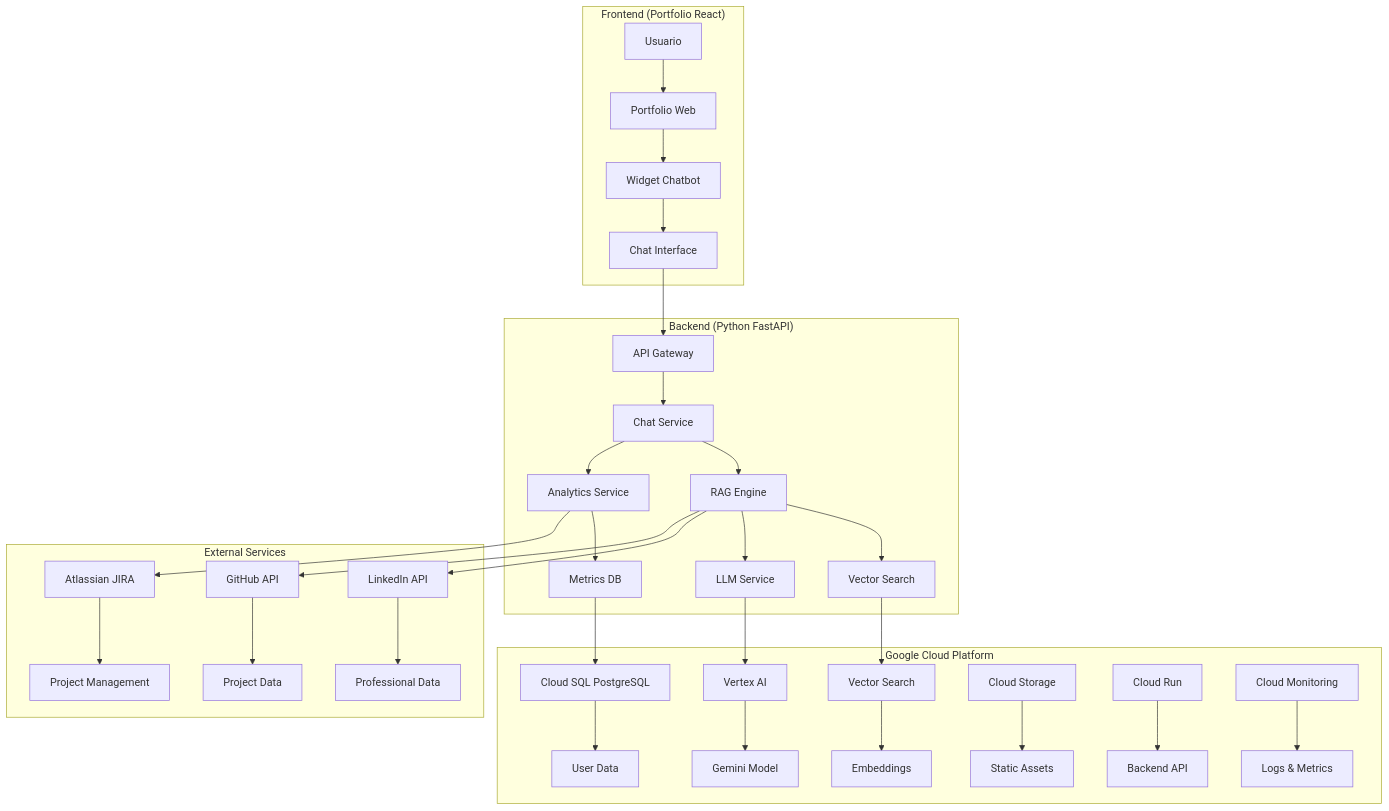
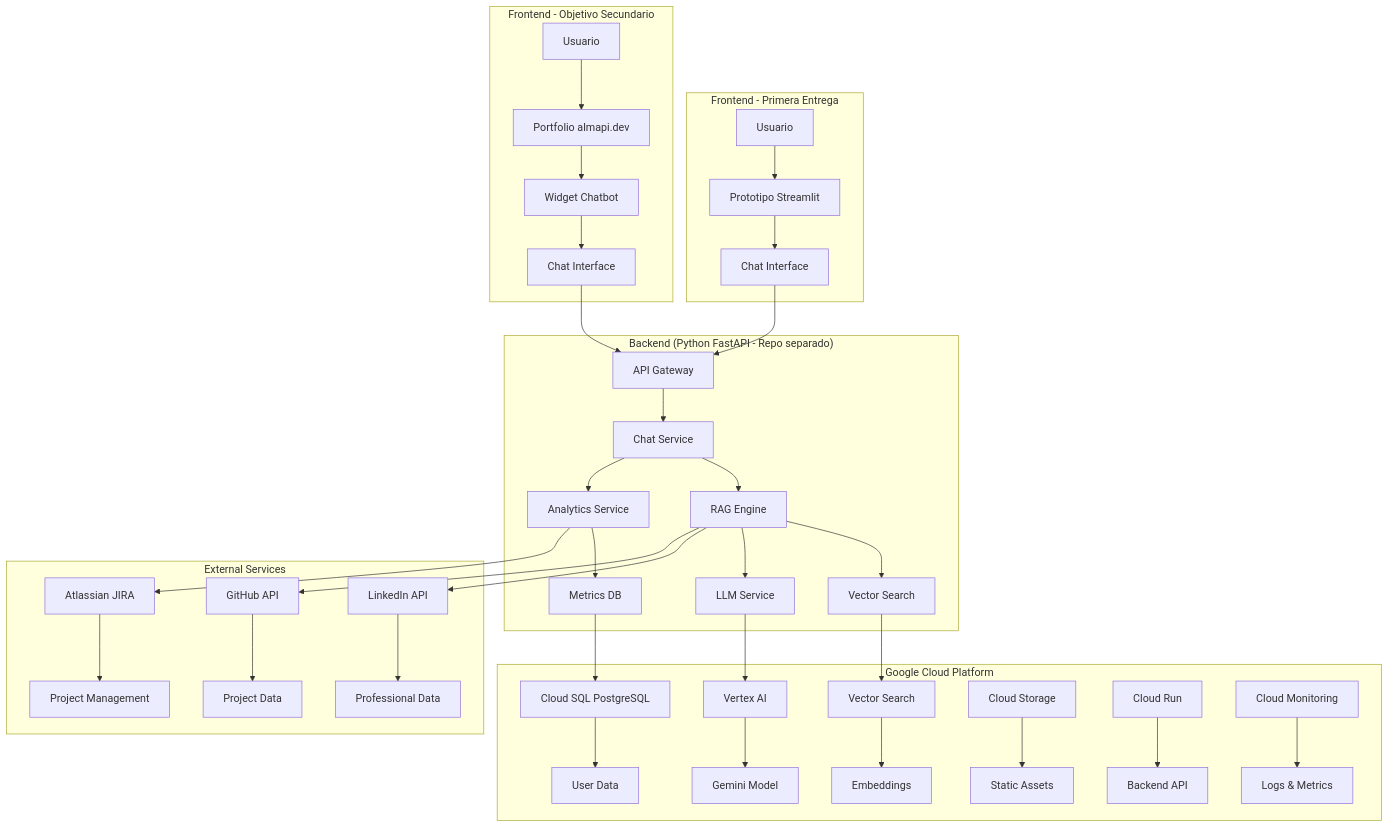
The first of 4 diagrams in docs/03-arquitectura-sistema.md (LIDR-academy/AI4Devs-finalproject), drawn with Mermaid before and after one commit. The commit also changed other lines of this file and 13 other files, not shown here.

````diff
--- a/docs/03-arquitectura-sistema.md
+++ b/docs/03-arquitectura-sistema.md
@@ -7,40 +16,46 @@
 ```mermaid
 graph TB
-    subgraph "Frontend (Portfolio React)"
-        A[Usuario] --> B[Portfolio Web]
-        B --> C[Widget Chatbot]
-        C --> D[Chat Interface]
+    subgraph "Frontend - Primera Entrega"
+        A[Usuario] --> B[Prototipo Streamlit]
+        B --> C[Chat Interface]
     end
     
-    subgraph "Backend (Python FastAPI)"
-        E[API Gateway] --> F[Chat Service]
-        F --> G[RAG Engine]
-        G --> H[Vector Search]
-        G --> I[LLM Service]
-        F --> J[Analytics Service]
-        J --> K[Metrics DB]
+    subgraph "Frontend - Objetivo Secundario"
+        D[Usuario] --> E[Portfolio almapi.dev]
+        E --> F[Widget Chatbot]
+        F --> G[Chat Interface]
+    end
+    
+    subgraph "Backend (Python FastAPI - Repo separado)"
+        H[API Gateway] --> I[Chat Service]
+        I --> J[RAG Engine]
+        J --> K[Vector Search]
+        J --> L[LLM Service]
+        I --> M[Analytics Service]
+        M --> N[Metrics DB]
     end
     
     subgraph "Google Cloud Platform"
-        L[Cloud SQL PostgreSQL] --> M[User Data]
-        N[Vector Search] --> O[Embeddings]
-        P[Vertex AI] --> Q[Gemini Model]
-        R[Cloud Storage] --> S[Static Assets]
-        T[Cloud Run] --> U[Backend API]
-        V[Cloud Monitoring] --> W[Logs & Metrics]
+        O[Cloud SQL PostgreSQL] --> P[User Data]
+        Q[Vector Search] --> R[Embeddings]
+        S[Vertex AI] --> T[Gemini Model]
+        U[Cloud Storage] --> V[Static Assets]
+        W[Cloud Run] --> X[Backend API]
+        Y[Cloud Monitoring] --> Z[Logs & Metrics]
     end
     
     subgraph "External Services"
-        X[LinkedIn API] --> Y[Professional Data]
-        Z[GitHub API] --> AA[Project Data]
-        BB[Atlassian JIRA] --> CC[Project Management]
+        AA[LinkedIn API] --> BB[Professional Data]
+        CC[GitHub API] --> DD[Project Data]
+        EE[Atlassian JIRA] --> FF[Project Management]
     end
     
-    D --> E
-    H --> N
-    I --> P
-    K --> L
-    G --> X
-    G --> Z
-    J --> BB
+    C --> H
+    G --> H
+    K --> Q
+    L --> S
+    N --> O
+    J --> AA
+    J --> CC
+    M --> EE
 ```
````
